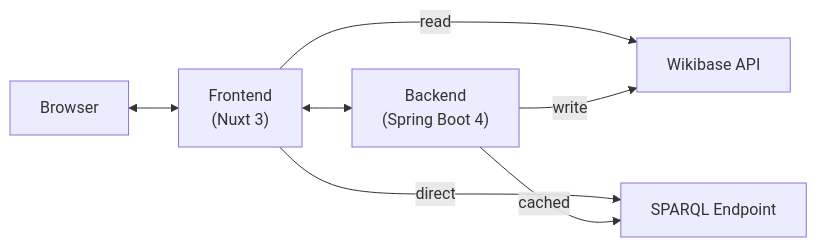
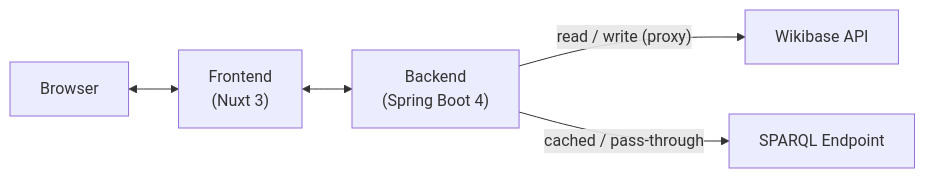
The first of 3 diagrams in docs/README.md (PhiloBiblon/philobiblon-ui), drawn with Mermaid before and after one commit. The commit also changed other lines of this file and 10 other files, not shown here.

First line of the commit message:
fix: route FactGrid wiki and SPARQL reads through the backend (#581)

````diff
--- a/docs/README.md
+++ b/docs/README.md
@@ -16,15 +16,13 @@
 ```mermaid
 flowchart LR
     Browser["Browser"]
     Frontend["Frontend\n(Nuxt 3)"]
     Backend["Backend\n(Spring Boot 4)"]
     Wikibase["Wikibase API"]
     SPARQL["SPARQL Endpoint"]
 
     Browser <--> Frontend
     Frontend <--> Backend
-    Frontend -- "read" --> Wikibase
-    Backend -- "write" --> Wikibase
-    Frontend -- "direct" --> SPARQL
-    Backend -- "cached" --> SPARQL
+    Backend -- "read / write (proxy)" --> Wikibase
+    Backend -- "cached / pass-through" --> SPARQL
 ```
````
